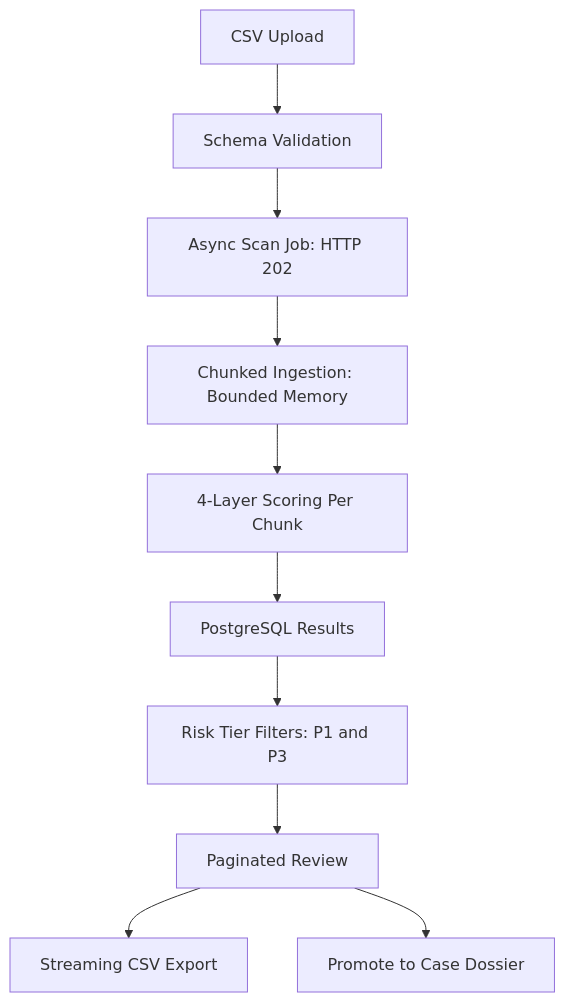
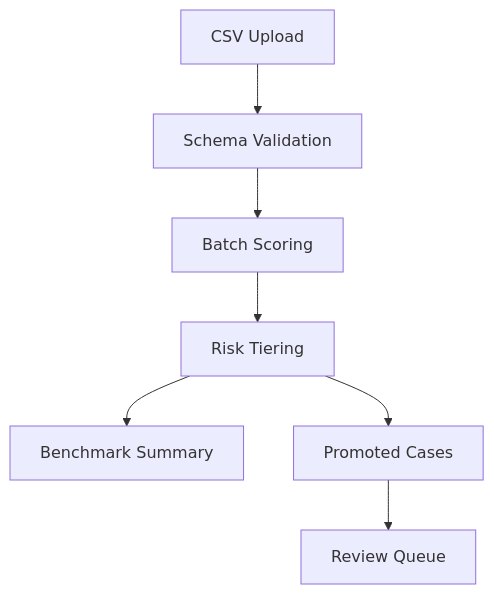
Before and after one commit to IjazKakkodDS/transaction-fraud-intelligence-console: the fifth of 6 diagrams in README.md, drawn with Mermaid. The commit also changed other lines of this file, not shown here.

Commit message:
Simplify README Mermaid syntax

````diff
--- a/README.md
+++ b/README.md
@@ -327,12 +351,17 @@
 ```mermaid
-flowchart TD
-    A["CSV Upload"] --> B["Schema Validation"]
-    B --> C["Async Scan Job: HTTP 202"]
-    C --> D["Chunked Ingestion: Bounded Memory"]
-    D --> E["4-Layer Scoring Per Chunk"]
-    E --> F["PostgreSQL Results"]
-    F --> G["Risk Tier Filters: P1 and P3"]
-    G --> H["Paginated Review"]
-    H --> I["Streaming CSV Export"]
-    H --> J["Promote to Case Dossier"]
+graph TD
+A[CSV Upload]
+B[Schema Validation]
+C[Batch Scoring]
+D[Risk Tiering]
+E[Benchmark Summary]
+F[Promoted Cases]
+G[Review Queue]
+
+A --> B
+B --> C
+C --> D
+D --> E
+D --> F
+F --> G
 ```
````
